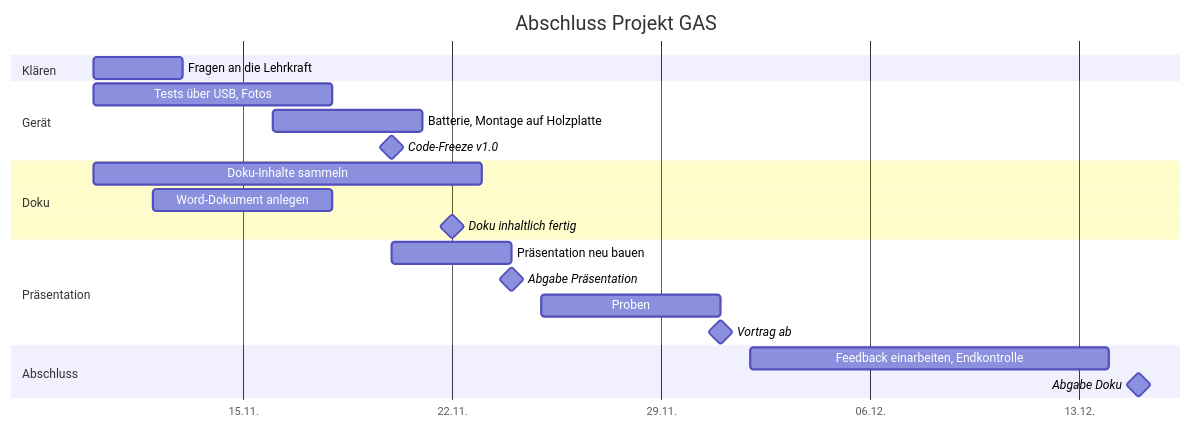
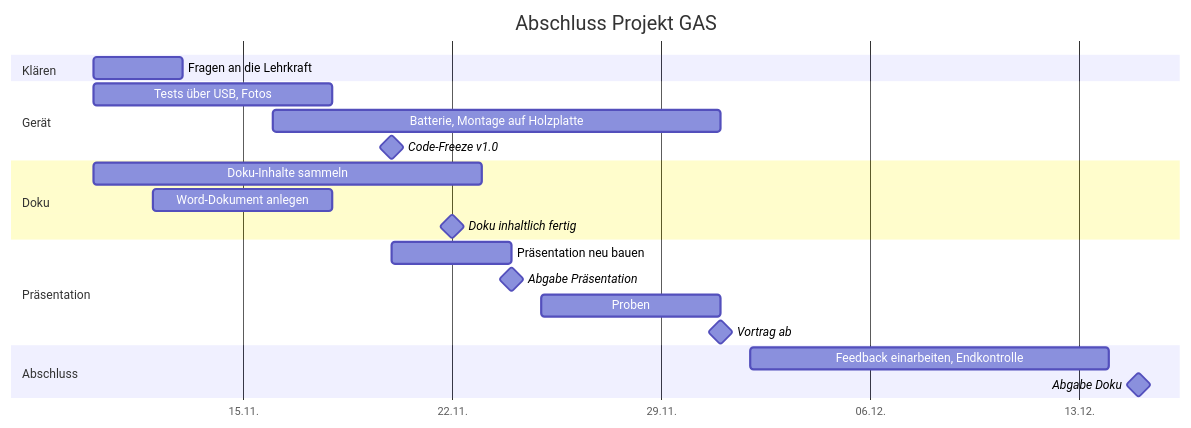
One commit to BBZ-AIFS51/LF7-Projekt_GAS changed the diagram in MDs/abschlussplan.md. Above: the diagram before and after it, drawn with Mermaid. The commit also changed other lines of this file and 14 other files, not shown here.

````diff
--- a/MDs/abschlussplan.md
+++ b/MDs/abschlussplan.md
@@ -80,31 +80,31 @@
 ```mermaid
 gantt
     title Abschluss Projekt GAS
     dateFormat YYYY-MM-DD
     axisFormat %d.%m.
     tickInterval 1week
     todayMarker off
 
     section Klären
     Fragen an die Lehrkraft          :a0, 2026-11-10, 3d
 
     section Gerät
     Tests über USB, Fotos            :a1, 2026-11-10, 8d
-    Batterie, Montage auf Holzplatte :a1b, 2026-11-16, 5d
+    Batterie, Montage auf Holzplatte :a1b, 2026-11-16, 15d
     Code-Freeze v1.0                 :milestone, m1, 2026-11-20, 0d
 
     section Doku
     Doku-Inhalte sammeln             :a2, 2026-11-10, 13d
     Word-Dokument anlegen            :a2b, 2026-11-12, 6d
     Doku inhaltlich fertig           :milestone, m2, 2026-11-22, 0d
 
     section Präsentation
     Präsentation neu bauen           :a3, 2026-11-20, 4d
     Abgabe Präsentation              :milestone, m3, 2026-11-24, 0d
     Proben                           :a4, 2026-11-25, 6d
     Vortrag ab                       :milestone, m4, 2026-12-01, 0d
 
     section Abschluss
     Feedback einarbeiten, Endkontrolle :a5, 2026-12-02, 12d
     Abgabe Doku                      :milestone, m5, 2026-12-15, 0d
 ```
````
